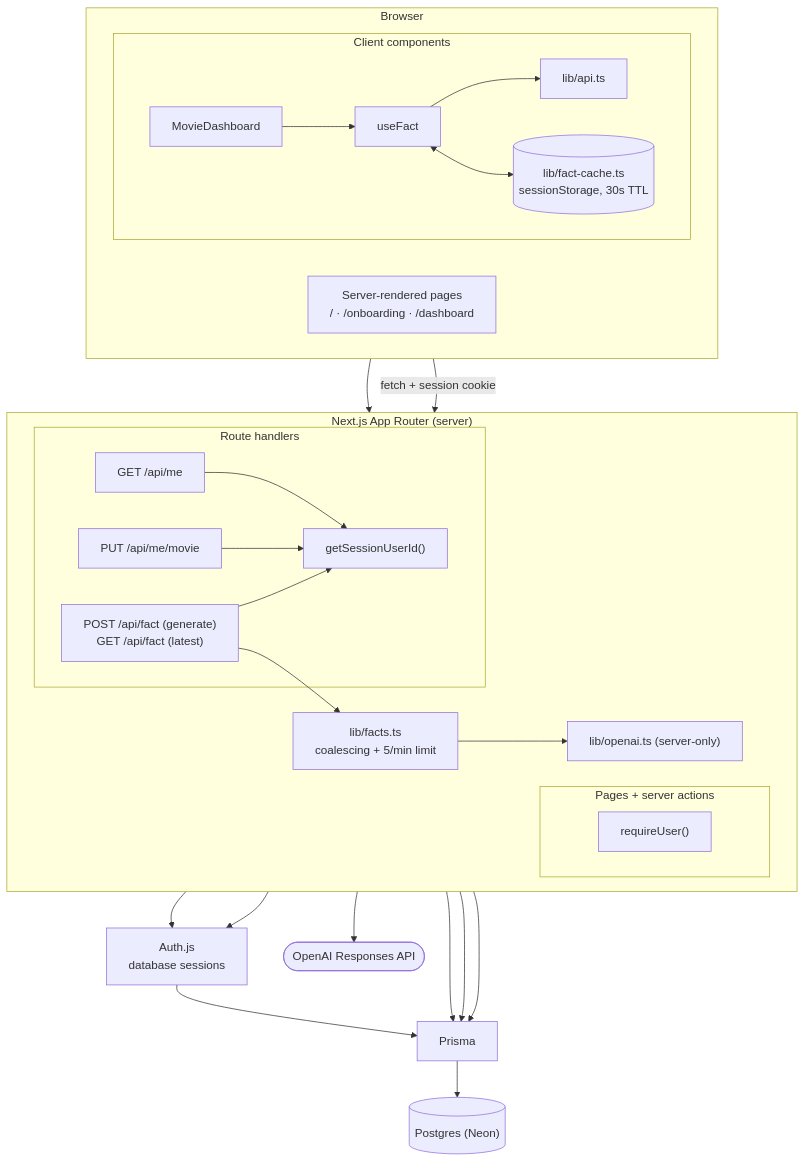
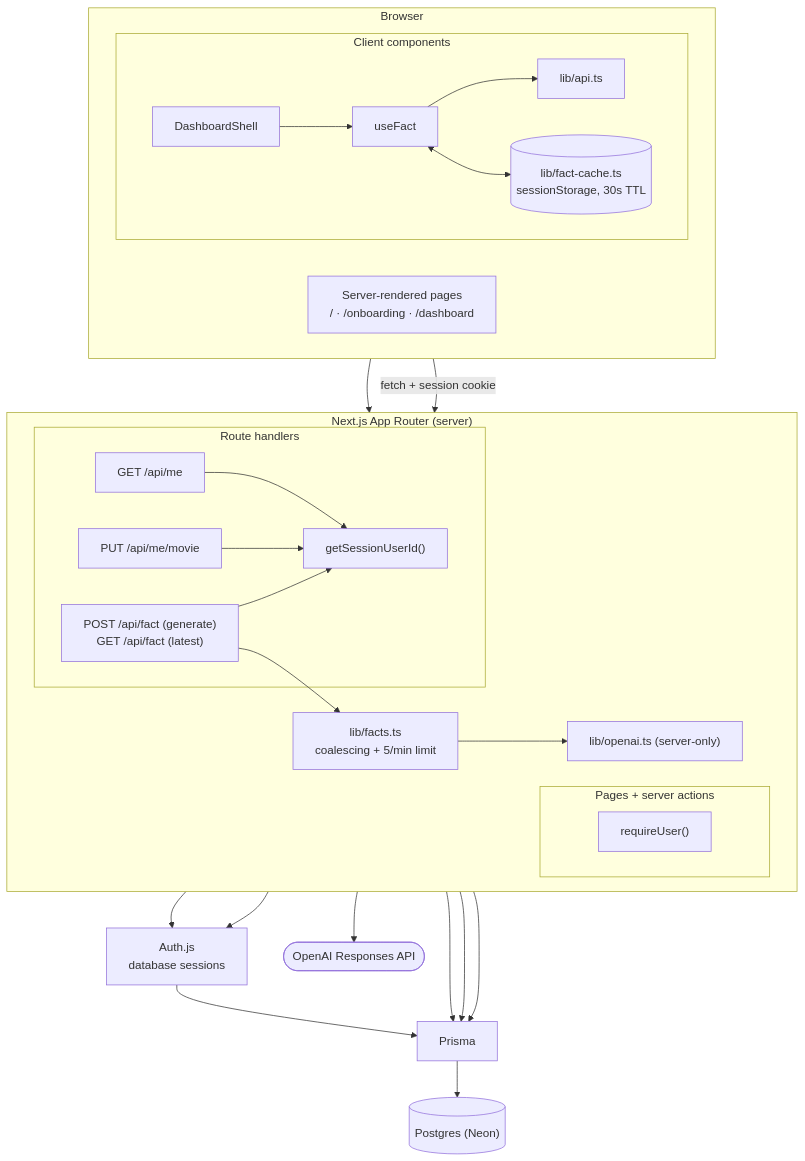
The diagram in README.md (PrincessBlossom/movie-memory), drawn with Mermaid before and after one commit. The commit also changed other lines of this file and 30 other files, not shown here.

````diff
--- a/README.md
+++ b/README.md
@@ -132,44 +137,44 @@
 ```mermaid
 flowchart TB
   subgraph Browser
     direction LR
     Pages["Server-rendered pages<br/>/ · /onboarding · /dashboard"]
     subgraph Client["Client components"]
       direction LR
-      Dashboard[MovieDashboard] --> UseFact[useFact] --> ApiClient[lib/api.ts]
+      Dashboard[DashboardShell] --> UseFact[useFact] --> ApiClient[lib/api.ts]
       UseFact <--> Cache[("lib/fact-cache.ts<br/>sessionStorage, 30s TTL")]
     end
   end
 
   subgraph Next["Next.js App Router (server)"]
     direction LR
     subgraph Server["Pages + server actions"]
       RequireUser["requireUser()"]
     end
     subgraph Routes["Route handlers"]
       Me["GET /api/me"]
       Movie["PUT /api/me/movie"]
       FactRoute["POST /api/fact (generate)<br/>GET /api/fact (latest)"]
       SessionId["getSessionUserId()"]
     end
     Facts["lib/facts.ts<br/>coalescing + 5/min limit"]
     OpenAILib["lib/openai.ts (server-only)"]
   end
 
   AuthJs["Auth.js<br/>database sessions"]
   Prisma[Prisma]
   DB[("Postgres (Neon)")]
   OpenAI(["OpenAI Responses API"])
 
   Pages --> RequireUser
   ApiClient -- "fetch + session cookie" --> Routes
   Me & Movie & FactRoute --> SessionId
   RequireUser --> AuthJs
   SessionId --> AuthJs
   AuthJs --> Prisma
   Me & Movie --> Prisma
   FactRoute --> Facts
   Facts --> Prisma
   Facts --> OpenAILib --> OpenAI
   Prisma --> DB
 ```
````
